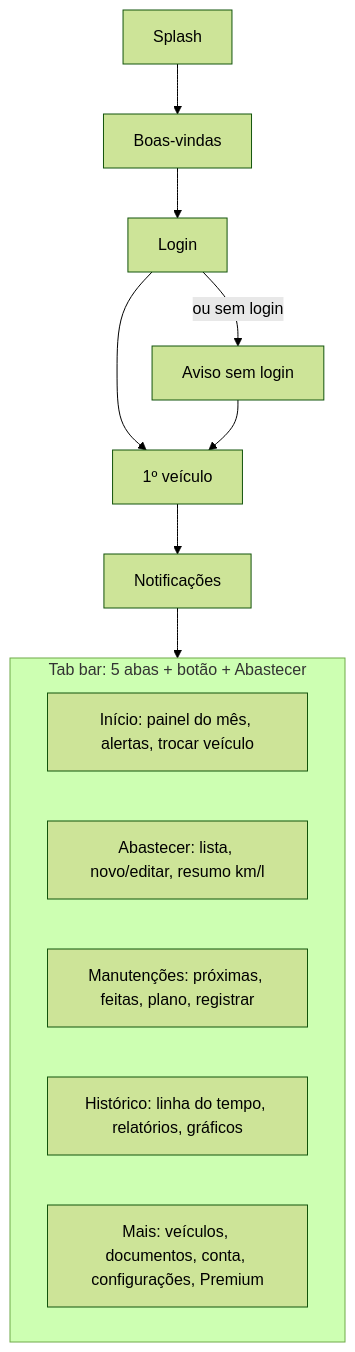
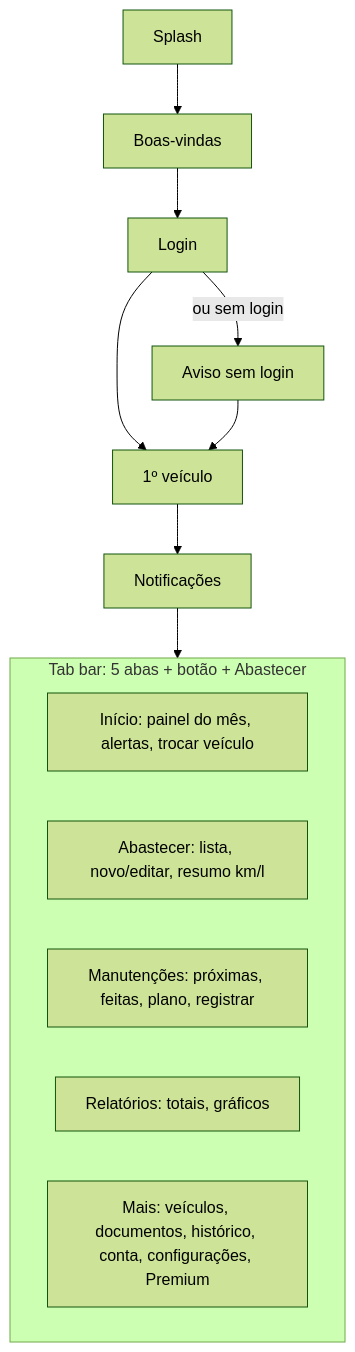
One commit to guilhermeborim/ta-em-dia changed the diagram in docs/02-telas-e-fluxos.md. Above: the diagram before and after it, drawn with Mermaid (forest theme). The commit also changed 2 other files, not shown here.

Commit message:
docs: histórico no backlog, arquitetura e mapa de navegação

````diff
--- a/docs/02-telas-e-fluxos.md
+++ b/docs/02-telas-e-fluxos.md
@@ -19,15 +19,15 @@
 ```mermaid
 flowchart TD
   Splash --> Boas[Boas-vindas] --> Login
   Login -->|ou sem login| Aviso[Aviso sem login]
   Login --> Veiculo[1º veículo]
   Aviso --> Veiculo
   Veiculo --> Notif[Notificações] --> Tabs
   subgraph Tabs[Tab bar: 5 abas + botão + Abastecer]
     Inicio[Início: painel do mês, alertas, trocar veículo]
     Abastecer[Abastecer: lista, novo/editar, resumo km/l]
     Manut[Manutenções: próximas, feitas, plano, registrar]
-    Hist[Histórico: linha do tempo, relatórios, gráficos]
-    Mais[Mais: veículos, documentos, conta, configurações, Premium]
+    Hist[Relatórios: totais, gráficos]
+    Mais[Mais: veículos, documentos, histórico, conta, configurações, Premium]
   end
 ```
````
